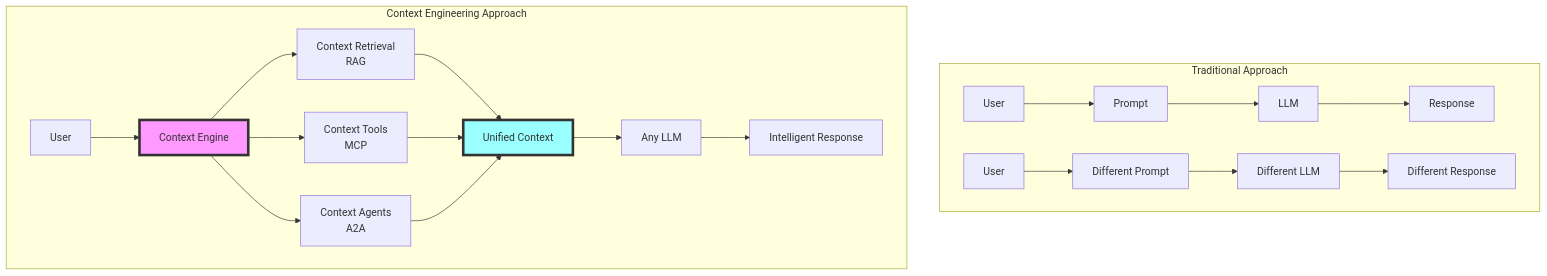
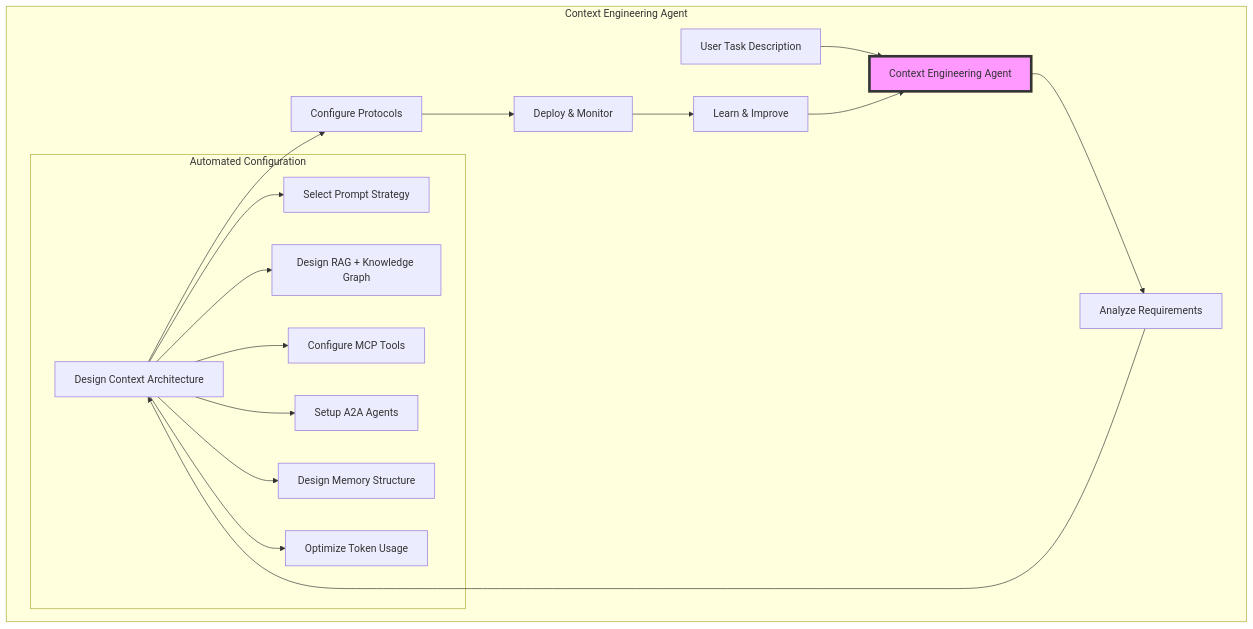
Before and after one commit to pranav-tandon/ContextEngineering: the first of 2 diagrams in README.md, drawn with Mermaid. The commit also changed other lines of this file, not shown here.

````diff
--- a/README.md
+++ b/README.md
@@ -76,30 +126,24 @@
 ```mermaid
-graph TD
-    subgraph "Traditional Approach"
-        U1[User] --> P1[Prompt]
-        P1 --> LLM1[LLM]
-        LLM1 --> R1[Response]
+graph TB
+    subgraph "Context Engineering Agent"
+        U[User Task Description] --> CEA[Context Engineering Agent]
         
-        U2[User] --> P2[Different Prompt]
-        P2 --> LLM2[Different LLM]
-        LLM2 --> R2[Different Response]
+        CEA --> A[Analyze Requirements]
+        A --> D[Design Context Architecture]
+        D --> O[Configure Protocols]
+        O --> E[Deploy & Monitor]
+        E --> L[Learn & Improve]
+        L --> CEA
+        
+        subgraph "Automated Configuration"
+            D --> D1[Select Prompt Strategy]
+            D --> D2[Design RAG + Knowledge Graph]
+            D --> D3[Configure MCP Tools]
+            D --> D4[Setup A2A Agents]
+            D --> D5[Design Memory Structure]
+            D --> D6[Optimize Token Usage]
+        end
     end
     
-    subgraph "Context Engineering Approach"
-        U[User] --> CE[Context Engine]
-        
-        CE --> CR[Context Retrieval<br/>RAG]
-        CE --> CT[Context Tools<br/>MCP]
-        CE --> CA[Context Agents<br/>A2A]
-        
-        CR --> UC[Unified Context]
-        CT --> UC
-        CA --> UC
-        
-        UC --> LLM[Any LLM]
-        LLM --> IR[Intelligent Response]
-    end
-    
-    style CE fill:#f9f,stroke:#333,stroke-width:4px
-    style UC fill:#9ff,stroke:#333,stroke-width:4px
+    style CEA fill:#f9f,stroke:#333,stroke-width:4px
 ```
````
